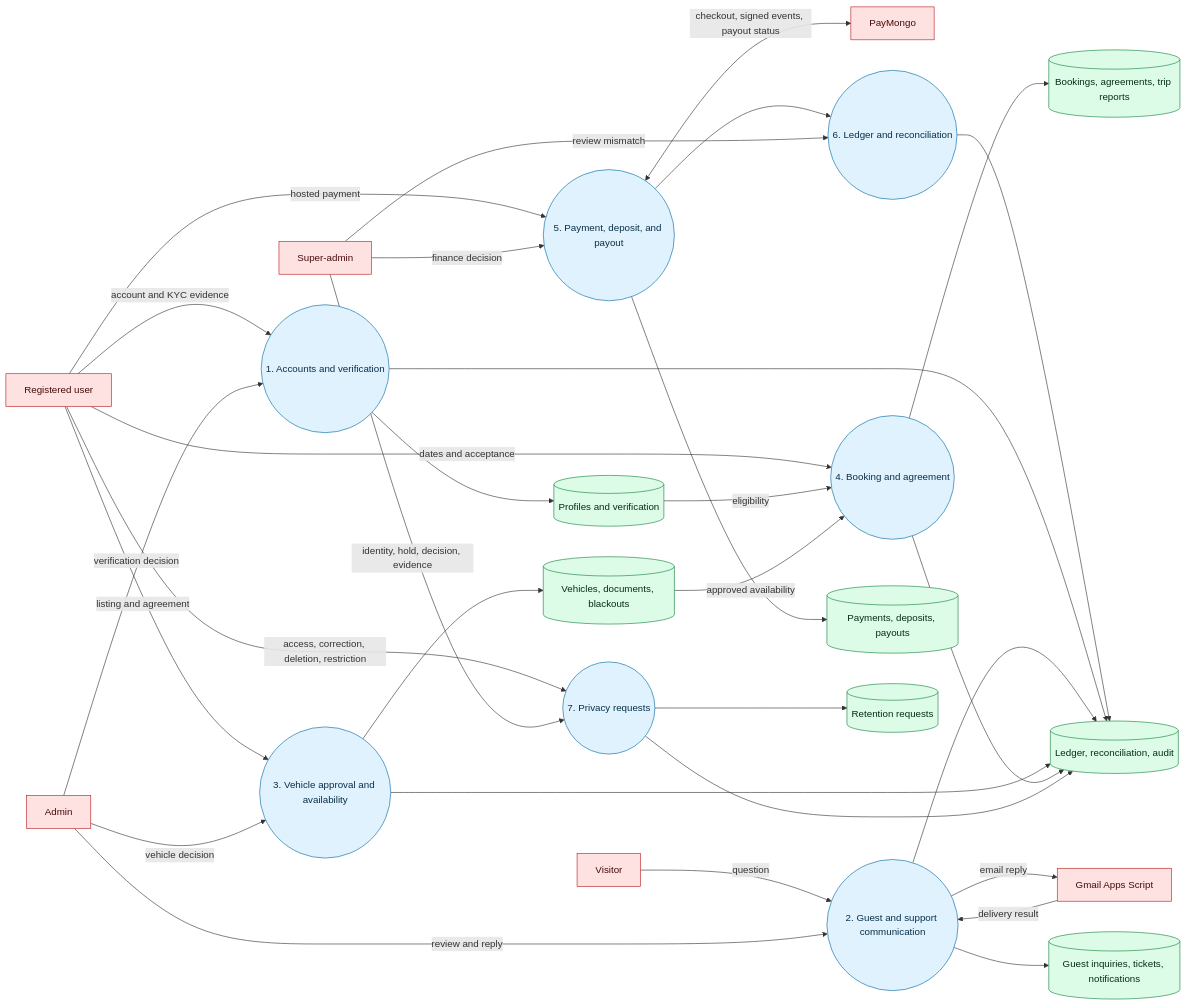
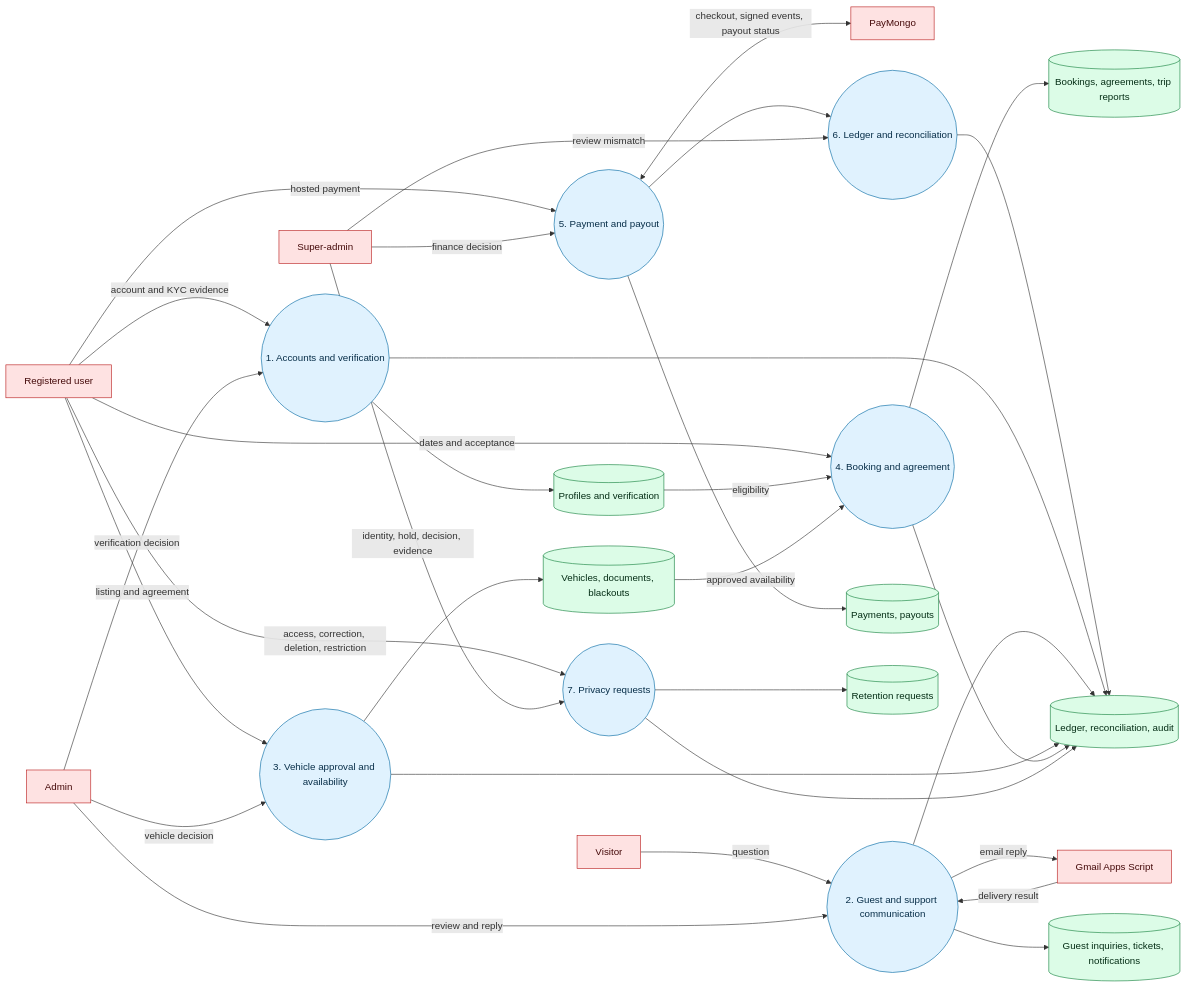
One commit to AzuAizawa/safedrive changed the diagram in docs/dfd-level-1.mermaid. Above: the diagram before and after it, drawn with Mermaid. The commit also changed 50 other files, not shown here.

```diff
--- a/docs/dfd-level-1.mermaid
+++ b/docs/dfd-level-1.mermaid
@@ -1,66 +1,66 @@
 flowchart LR
     Visitor[Visitor]
     User[Registered user]
     Admin[Admin]
     SuperAdmin[Super-admin]
     PayMongo[PayMongo]
     Gmail[Gmail Apps Script]
 
     P1((1. Accounts and verification))
     P2((2. Guest and support communication))
     P3((3. Vehicle approval and availability))
     P4((4. Booking and agreement))
-    P5((5. Payment, deposit, and payout))
+    P5((5. Payment and payout))
     P6((6. Ledger and reconciliation))
     P7((7. Privacy requests))
 
     D1[(Profiles and verification)]
     D2[(Guest inquiries, tickets, notifications)]
     D3[(Vehicles, documents, blackouts)]
     D4[(Bookings, agreements, trip reports)]
-    D5[(Payments, deposits, payouts)]
+    D5[(Payments, payouts)]
     D6[(Ledger, reconciliation, audit)]
     D7[(Retention requests)]
 
     Visitor -->|question| P2
     P2 -->|email reply| Gmail
     Gmail -->|delivery result| P2
     P2 --> D2
     Admin -->|review and reply| P2
 
     User -->|account and KYC evidence| P1
     Admin -->|verification decision| P1
     P1 --> D1
 
     User -->|listing and agreement| P3
     Admin -->|vehicle decision| P3
     P3 --> D3
 
     User -->|dates and acceptance| P4
     P4 --> D4
     D1 -->|eligibility| P4
     D3 -->|approved availability| P4
 
     User -->|hosted payment| P5
     P5 <-->|checkout, signed events, payout status| PayMongo
     SuperAdmin -->|finance decision| P5
     P5 --> D5
     P5 --> P6
     P6 --> D6
     SuperAdmin -->|review mismatch| P6
 
     User -->|access, correction, deletion, restriction| P7
     SuperAdmin -->|identity, hold, decision, evidence| P7
     P7 --> D7
     P1 --> D6
     P2 --> D6
     P3 --> D6
     P4 --> D6
     P7 --> D6
 
     classDef process fill:#e0f2fe,stroke:#0369a1,color:#082f49
     classDef store fill:#dcfce7,stroke:#15803d,color:#052e16
     classDef entity fill:#fee2e2,stroke:#b91c1c,color:#450a0a
     class P1,P2,P3,P4,P5,P6,P7 process
     class D1,D2,D3,D4,D5,D6,D7 store
     class Visitor,User,Admin,SuperAdmin,PayMongo,Gmail entity
```
